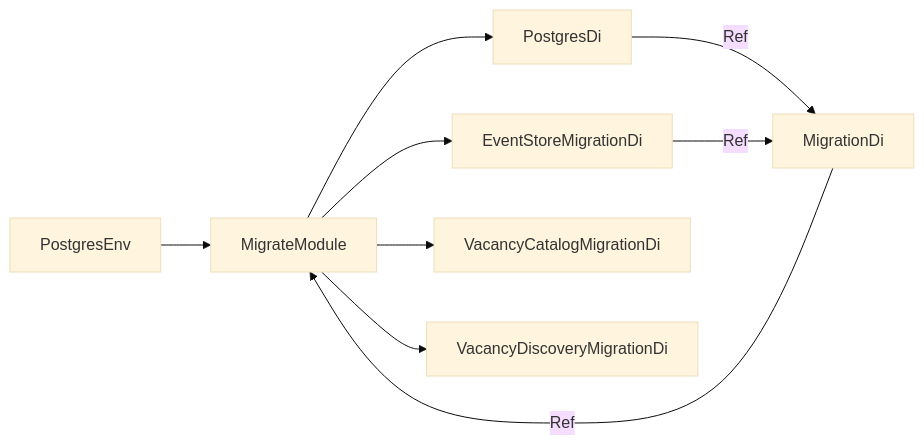
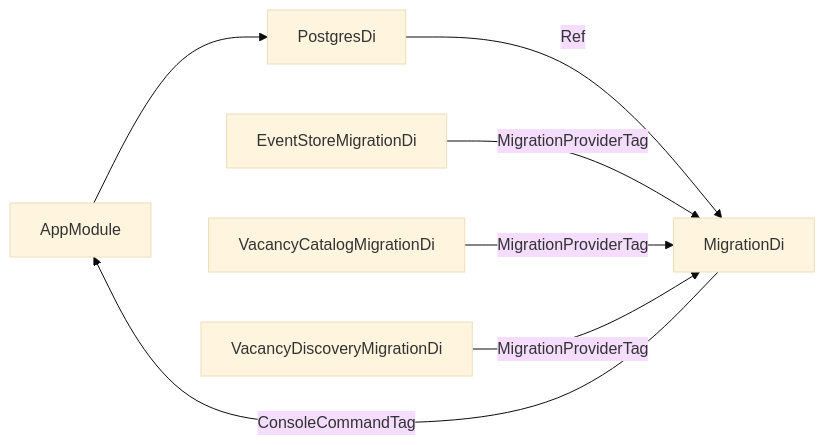
One commit to vendelev/async-job-search changed the diagram in backend/src/README.md. Above: the diagram before and after it, drawn with Mermaid (base theme). The commit also changed other lines of this file and 41 other files, not shown here.

Commit message:
Объединил отдельные консольные команды в app.php и далее собираю по тегу все Symfony Console

````diff
--- a/backend/src/README.md
+++ b/backend/src/README.md
@@ -15,11 +14,9 @@
 ```mermaid
 flowchart LR
-    Config[PostgresEnv] --> MigrateModule
-    MigrateModule --> PostgresDi
+    AppModule --> PostgresDi
     PostgresDi -->|Ref<PostgresDatabase>| MigrationDi
-    MigrateModule --> EventStoreMigrationDi
-    EventStoreMigrationDi -->|Ref<MigrationProvider>| MigrationDi
-    MigrateModule --> VacancyCatalogMigrationDi
-    MigrateModule --> VacancyDiscoveryMigrationDi
-    MigrationDi -->|Ref<MigrateCommand>| MigrateModule
+    EventStoreMigrationDi -->|MigrationProviderTag| MigrationDi
+    VacancyCatalogMigrationDi -->|MigrationProviderTag| MigrationDi
+    VacancyDiscoveryMigrationDi -->|MigrationProviderTag| MigrationDi
+    MigrationDi -->|ConsoleCommandTag| AppModule
 ```
````
